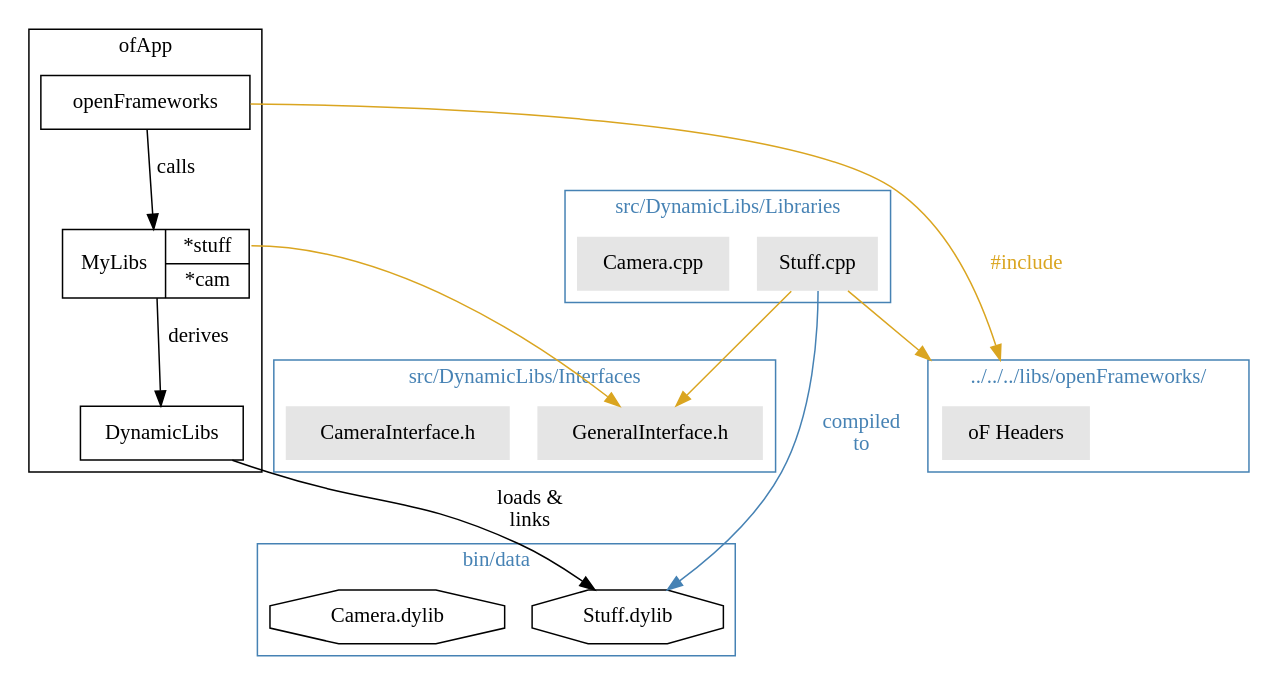
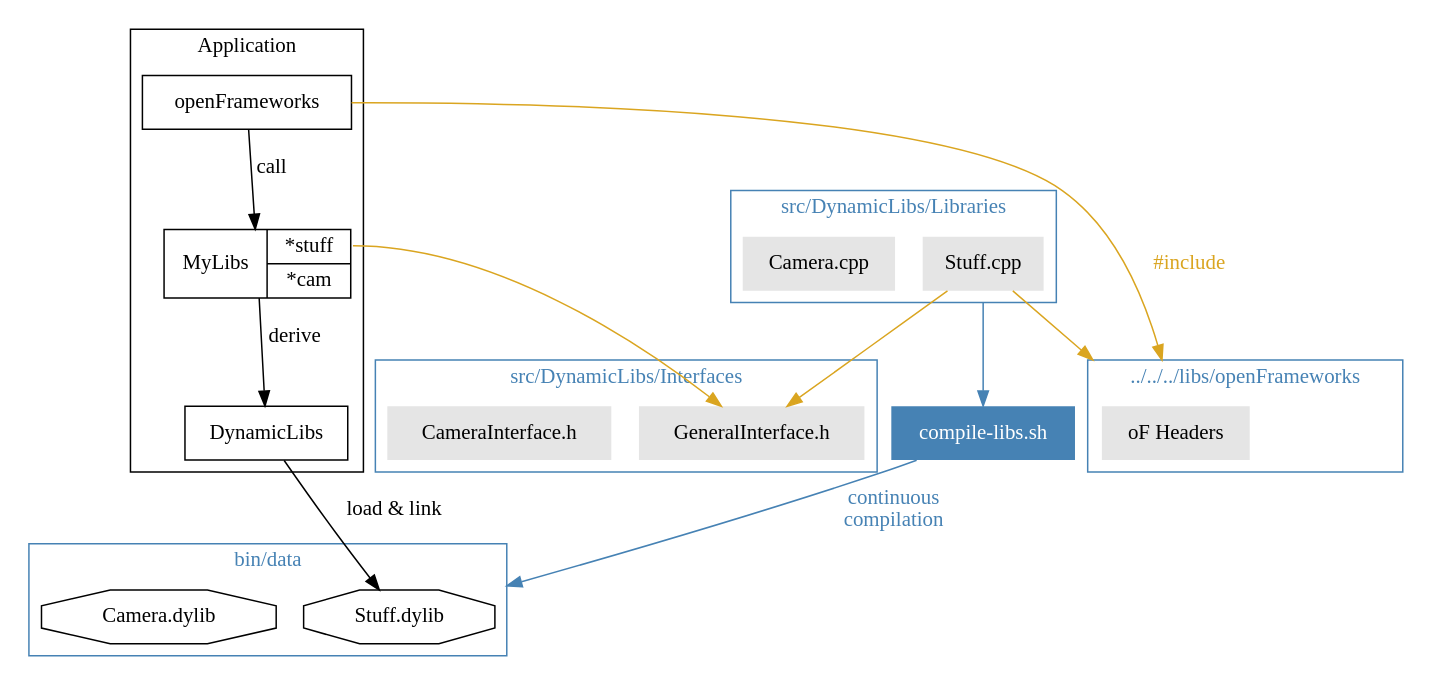
The diagram in diagrams/overview.dot (pdikmann/cpp-livecoding-2), drawn with Graphviz before and after one commit. The commit also changed 1 other file, not shown here.

Commit message:
adjust diagram

```diff
--- a/diagrams/overview.dot
+++ b/diagrams/overview.dot
@@ -1,57 +1,61 @@
 digraph G {
   compound=true;
   // splines=line;
   subgraph clusterApp {
-    label="ofApp";
+    label="Application";
     openFrameworks[shape=box];
     MyLibs[shape=record,label="<r>MyLibs|{<0>*stuff|<1>*cam}"];
     DynamicLibs[shape=box];
   }
   subgraph clusteroFHeaders {
-    label="../../../libs/openFrameworks/";
+    label="../../../libs/openFrameworks";
     fontcolor=steelblue;
     color=steelblue;
     //style=dotted;
     oFHeaders[label="oF Headers",shape=plaintext,style=filled,fillcolor=grey90];
   }
   subgraph clusterIFs {
     label="src/DynamicLibs/Interfaces";
     fontcolor=steelblue;
     color=steelblue;
     //style=dotted;
     //style=dashed;
     GeneralInterface[label="GeneralInterface.h",shape=plaintext,style=filled,fillcolor=grey90];
     CameraInterface[label="CameraInterface.h",shape=plaintext,style=filled,fillcolor=grey90];
   }
   subgraph clusterLibs {
     label="src/DynamicLibs/Libraries";
     fontcolor=steelblue;
     color=steelblue;
     //style=dotted;
     //style=dashed;
     Stuff[label="Stuff.cpp",shape=plaintext,style=filled,fillcolor=grey90];
     Camera[label="Camera.cpp",shape=plaintext,style=filled,fillcolor=grey90];
   }
   subgraph clusterData {
     label="bin/data"
     fontcolor=steelblue;
     color=steelblue;
     //style=dotted;
     StuffL[label="Stuff.dylib",shape=octagon];
     CameraL[label="Camera.dylib",shape=octagon];
   }
-  MyLibs -> DynamicLibs [label="derives"];
-  DynamicLibs -> StuffL [label="loads &\nlinks"];
+  CompileScript [label="compile-libs.sh",shape=plaintext,style=filled,fillcolor=steelblue,fontcolor=white];
+  // links
+  MyLibs -> DynamicLibs [label="derive"];
+  DynamicLibs -> StuffL [label="load & link"];
   MyLibs:0 -> GeneralInterface [fontcolor=goldenrod,color=goldenrod];
   // MyLibs:0 -> GeneralInterface [label="*",fontcolor="goldenrod"];
   // MyLibs:1 -> CameraInterface [label="*",fontcolor="goldenrod"];
   //
   Stuff -> GeneralInterface [fontcolor=goldenrod,color=goldenrod];
   // Camera -> CameraInterface [label="#include",fontcolor=goldenrod];
   Stuff -> oFHeaders [lhead=clusteroFHeaders,fontcolor=goldenrod,color=goldenrod];
-  Stuff -> StuffL[label="compiled\nto",fontcolor=steelblue,color=steelblue];
+  //Stuff -> StuffL[label="compiled\nto",fontcolor=steelblue,color=steelblue];
+  Stuff -> CompileScript [ltail=clusterLibs,fontcolor=steelblue,color=steelblue];
+  CompileScript -> StuffL [lhead=clusterData,fontcolor=steelblue,color=steelblue,label="continuous\ncompilation"];
   // Camera -> CameraL[label="compiles to",fontcolor=red];
   //
   openFrameworks -> oFHeaders [lhead=clusteroFHeaders,label="#include",fontcolor=goldenrod,color=goldenrod];
-  openFrameworks -> MyLibs [label="calls"];
+  openFrameworks -> MyLibs [label="call"];
 }
```
